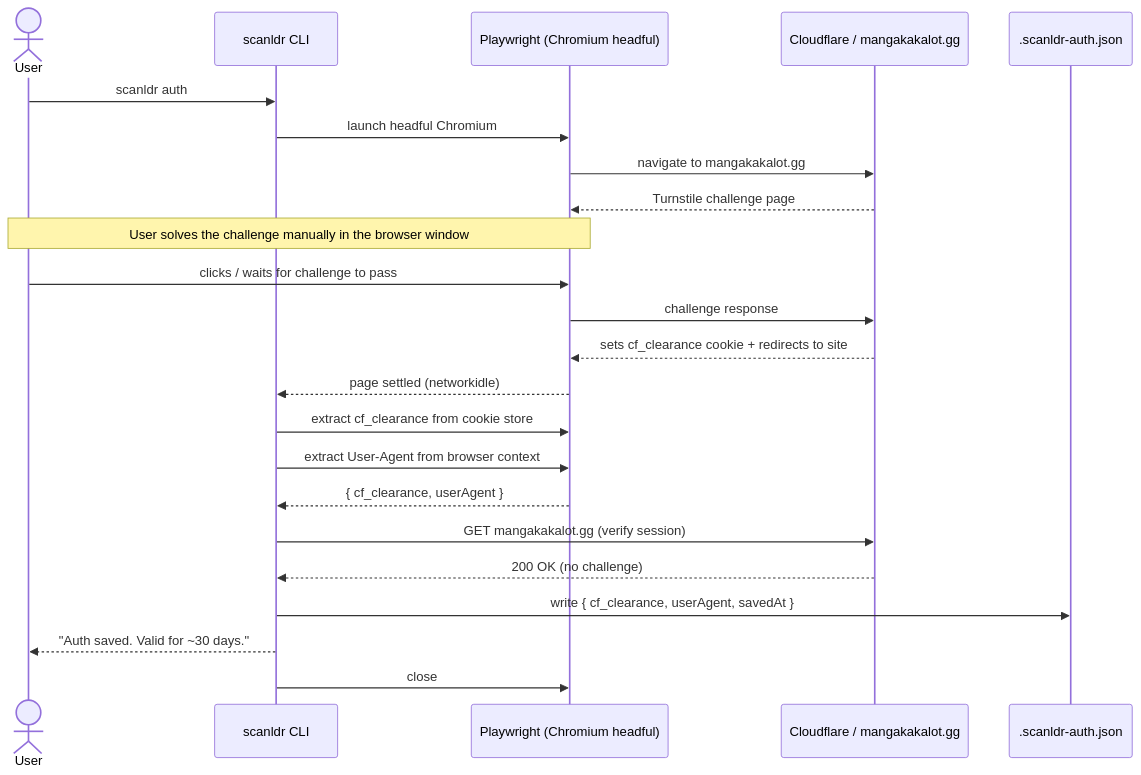
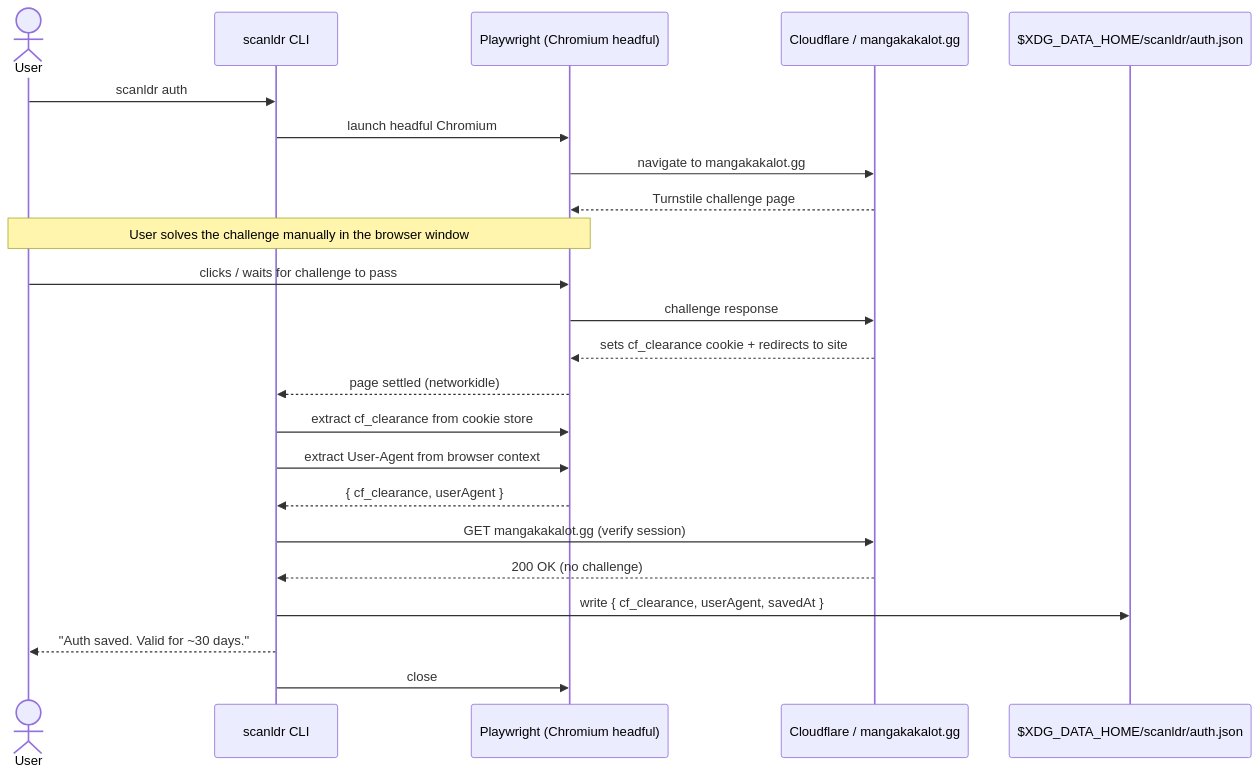
Before and after one commit to malaquiasdev/scanldr: the diagram in docs/flows/auth_flow.md, drawn with Mermaid. The commit also changed other lines of this file and 21 other files, not shown here.

````diff
--- a/docs/flows/auth_flow.md
+++ b/docs/flows/auth_flow.md
@@ -9,31 +9,31 @@
 ```mermaid
 sequenceDiagram
     actor User
     participant CLI as scanldr CLI
     participant Browser as Playwright (Chromium headful)
     participant CF as Cloudflare / mangakakalot.gg
-    participant FS as .scanldr-auth.json
+    participant FS as $XDG_DATA_HOME/scanldr/auth.json
 
     User->>CLI: scanldr auth
     CLI->>Browser: launch headful Chromium
     Browser->>CF: navigate to mangakakalot.gg
     CF-->>Browser: Turnstile challenge page
 
     Note over User,Browser: User solves the challenge manually in the browser window
 
     User->>Browser: clicks / waits for challenge to pass
     Browser->>CF: challenge response
     CF-->>Browser: sets cf_clearance cookie + redirects to site
 
     Browser-->>CLI: page settled (networkidle)
     CLI->>Browser: extract cf_clearance from cookie store
     CLI->>Browser: extract User-Agent from browser context
     Browser-->>CLI: { cf_clearance, userAgent }
 
     CLI->>CF: GET mangakakalot.gg (verify session)
     CF-->>CLI: 200 OK (no challenge)
 
     CLI->>FS: write { cf_clearance, userAgent, savedAt }
     CLI-->>User: "Auth saved. Valid for ~30 days."
     CLI->>Browser: close
 ```
````
